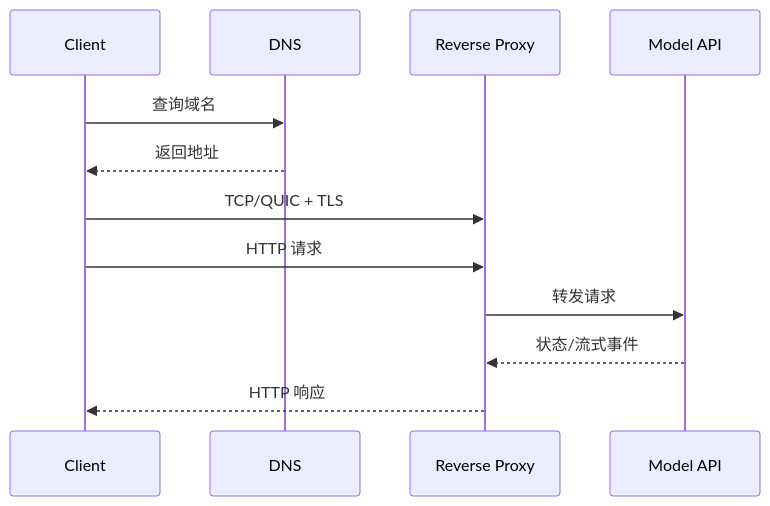
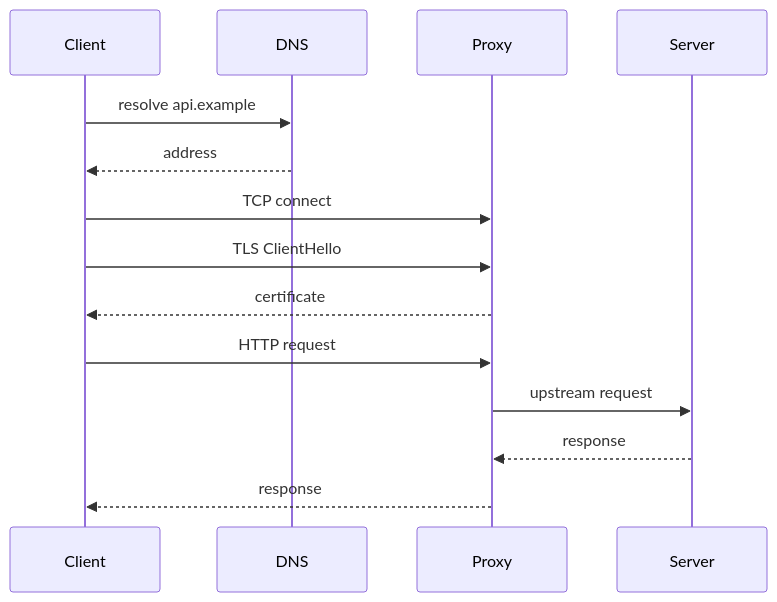
One commit to upJiang/jiang-blog-vitepress changed the diagram in docs/devops/network-dns-tls-http-proxy.md. Above: the diagram before and after it, drawn with Mermaid. The commit also changed other lines of this file and 190 other files, not shown here.

````diff
--- a/docs/devops/network-dns-tls-http-proxy.md
+++ b/docs/devops/network-dns-tls-http-proxy.md
@@ -34,14 +32,16 @@
 ```mermaid
 sequenceDiagram
   participant C as Client
   participant D as DNS
-  participant P as Reverse Proxy
-  participant A as Model API
-  C->>D: 查询域名
-  D-->>C: 返回地址
-  C->>P: TCP/QUIC + TLS
-  C->>P: HTTP 请求
-  P->>A: 转发请求
-  A-->>P: 状态/流式事件
-  P-->>C: HTTP 响应
+  participant P as Proxy
+  participant S as Server
+  C->>D: resolve api.example
+  D-->>C: address
+  C->>P: TCP connect
+  C->>P: TLS ClientHello
+  P-->>C: certificate
+  C->>P: HTTP request
+  P->>S: upstream request
+  S-->>P: response
+  P-->>C: response
 ```
````
